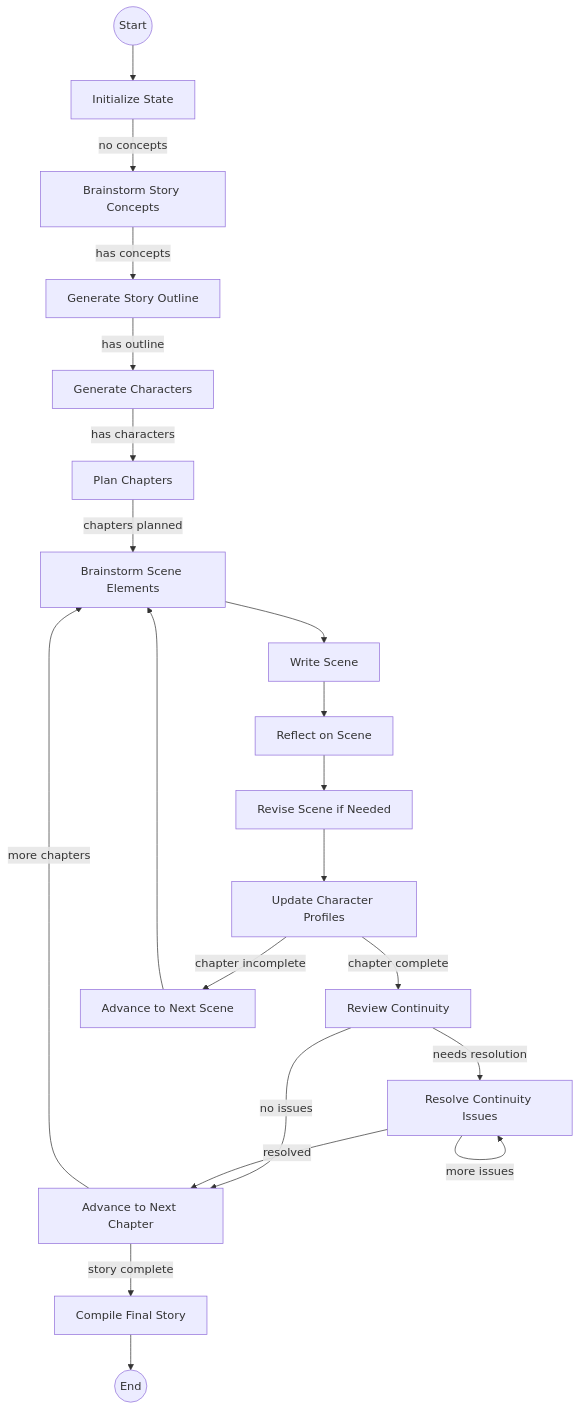
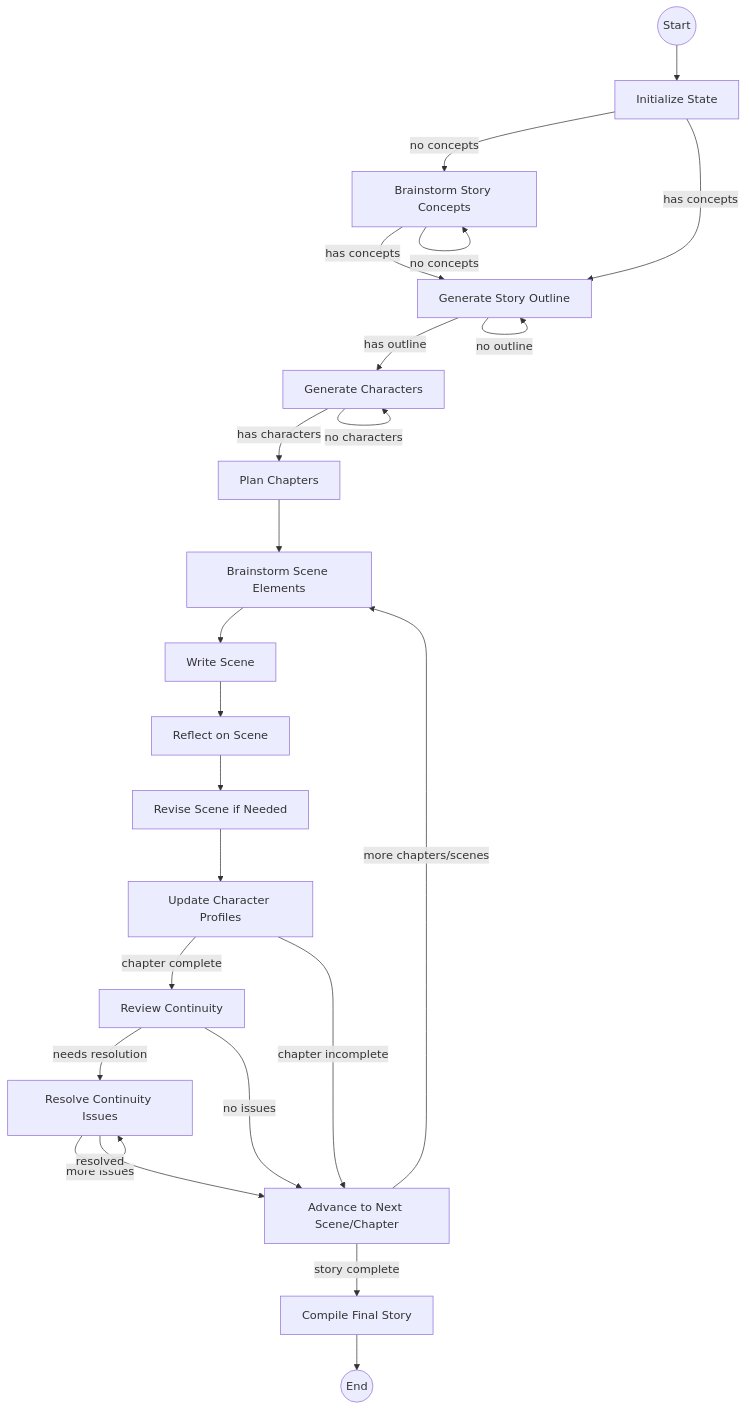
The diagram in README.md (johannhartmann/storyteller), drawn with Mermaid before and after one commit. The commit also changed other lines of this file, not shown here.

````diff
--- a/README.md
+++ b/README.md
@@ -113,33 +138,38 @@
 ```mermaid
 flowchart TD
     START((Start)) --> INIT[Initialize State]
     
     INIT --> |no concepts| BRAINSTORM[Brainstorm Story Concepts]
-    BRAINSTORM --> |has concepts| OUTLINE[Generate Story Outline]
+    INIT --> |has concepts| OUTLINE[Generate Story Outline]
+    
+    BRAINSTORM --> |has concepts| OUTLINE
+    BRAINSTORM --> |no concepts| BRAINSTORM
     
     OUTLINE --> |has outline| CHARS[Generate Characters]
+    OUTLINE --> |no outline| OUTLINE
+    
     CHARS --> |has characters| PLAN[Plan Chapters]
+    CHARS --> |no characters| CHARS
     
-    PLAN --> |chapters planned| SCENE_BRAINSTORM[Brainstorm Scene Elements]
+    PLAN --> SCENE_BRAINSTORM[Brainstorm Scene Elements]
     
     SCENE_BRAINSTORM --> WRITE[Write Scene]
     WRITE --> REFLECT[Reflect on Scene]
     REFLECT --> REVISE[Revise Scene if Needed]
     
     REVISE --> UPDATE_CHARS[Update Character Profiles]
     
     UPDATE_CHARS --> |chapter complete| REVIEW[Review Continuity]
-    UPDATE_CHARS --> |chapter incomplete| ADVANCE1[Advance to Next Scene]
+    UPDATE_CHARS --> |chapter incomplete| ADVANCE[Advance to Next Scene/Chapter]
     
     REVIEW --> |needs resolution| RESOLVE[Resolve Continuity Issues]
-    REVIEW --> |no issues| ADVANCE2[Advance to Next Chapter]
+    REVIEW --> |no issues| ADVANCE
     
     RESOLVE --> |more issues| RESOLVE
-    RESOLVE --> |resolved| ADVANCE2
+    RESOLVE --> |resolved| ADVANCE
     
-    ADVANCE1 --> SCENE_BRAINSTORM
-    ADVANCE2 --> |story complete| COMPILE[Compile Final Story]
-    ADVANCE2 --> |more chapters| SCENE_BRAINSTORM
+    ADVANCE --> |story complete| COMPILE[Compile Final Story]
+    ADVANCE --> |more chapters/scenes| SCENE_BRAINSTORM
     
     COMPILE --> END((End))
 ```
````
